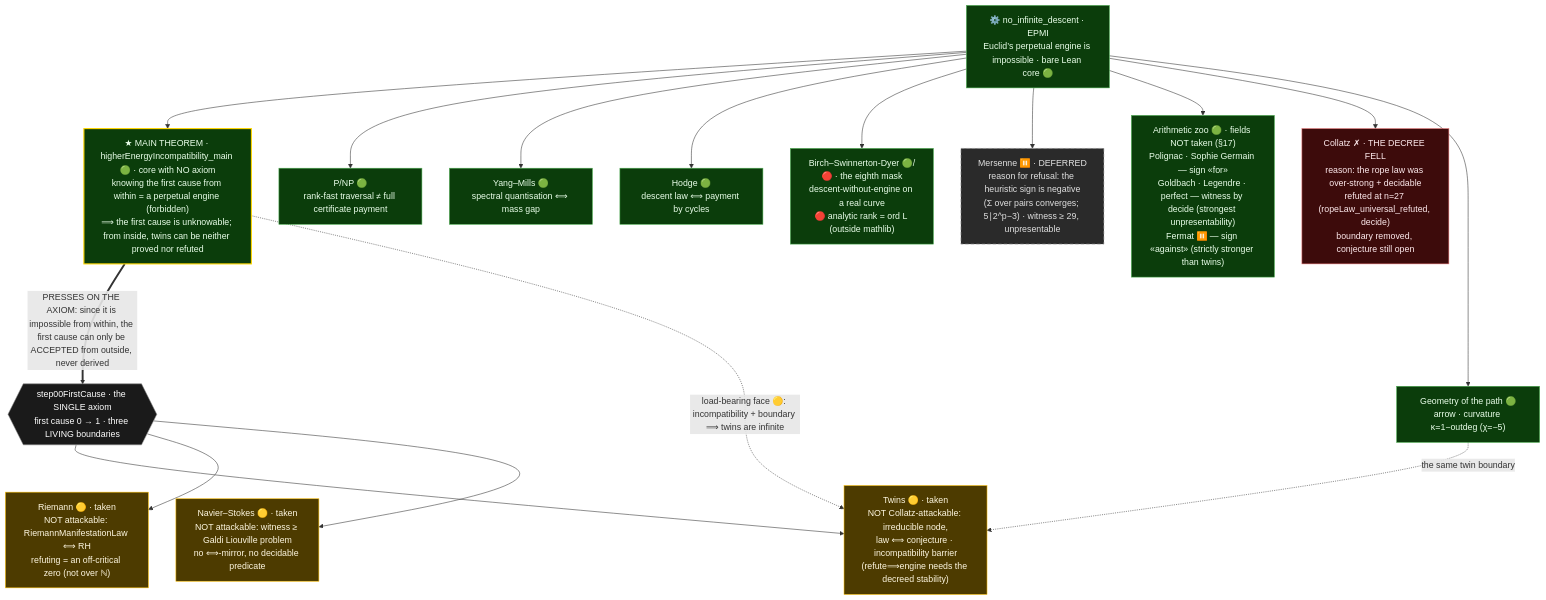
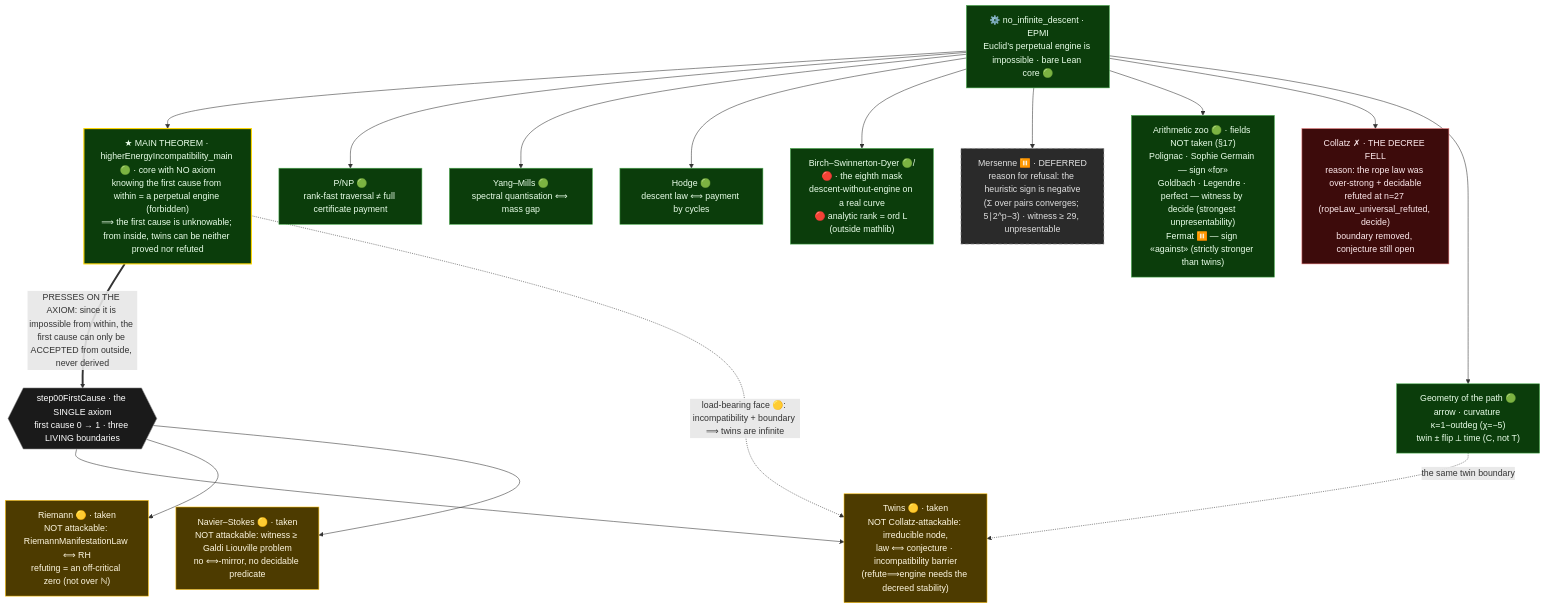
One commit to elamaunt/Euclids-path changed the diagram in README.md. Above: the diagram before and after it, drawn with Mermaid. The commit also changed 3 other files, not shown here.

First line of the commit message:
Navigator graph: GEO node gains "twin ± flip ⟂ time (C, not T)"

````diff
--- a/README.md
+++ b/README.md
@@ -79,38 +79,38 @@
 ```mermaid
 flowchart TD
     ROOT["⚙️ no_infinite_descent · EPMI<br/>Euclid’s perpetual engine is impossible · bare Lean core 🟢"]
 
     ROOT --> MT["★ MAIN THEOREM · higherEnergyIncompatibility_main 🟢 · core with NO axiom<br/>knowing the first cause from within = a perpetual engine (forbidden)<br/>⟹ the first cause is unknowable; from inside, twins can be neither proved nor refuted"]
     MT ==>|"PRESSES ON THE AXIOM: since it is impossible from within, the first cause can only be ACCEPTED from outside, never derived"| FC{{"step00FirstCause · the SINGLE axiom<br/>first cause 0 → 1 · three LIVING boundaries"}}
 
     FC --> TP["Twins 🟡 · taken<br/>NOT Collatz-attackable: irreducible node,<br/>law ⟺ conjecture · incompatibility barrier<br/>(refute⟹engine needs the decreed stability)"]
     FC --> RH["Riemann 🟡 · taken<br/>NOT attackable: RiemannManifestationLaw ⟺ RH<br/>refuting = an off-critical zero (not over ℕ)"]
     FC --> NS["Navier–Stokes 🟡 · taken<br/>NOT attackable: witness ≥ Galdi Liouville problem<br/>no ⟺-mirror, no decidable predicate"]
     MT -.->|"load-bearing face 🟡: incompatibility + boundary ⟹ twins are infinite"| TP
 
     ROOT --> PNP["P/NP 🟢<br/>rank-fast traversal ≠ full certificate payment"]
     ROOT --> YM["Yang–Mills 🟢<br/>spectral quantisation ⟺ mass gap"]
     ROOT --> HC["Hodge 🟢<br/>descent law ⟺ payment by cycles"]
     ROOT --> BSD["Birch–Swinnerton-Dyer 🟢/🔴 · the eighth mask<br/>descent-without-engine on a real curve<br/>🔴 analytic rank = ord L (outside mathlib)"]
 
     ROOT --> MP["Mersenne ⏸️ · DEFERRED<br/>reason for refusal: the heuristic sign is negative<br/>(Σ over pairs converges; 5∣2^p−3) · witness ≥ 29, unpresentable"]
     ROOT --> ZOO["Arithmetic zoo 🟢 · fields NOT taken (§17)<br/>Polignac · Sophie Germain — sign «for»<br/>Goldbach · Legendre · perfect — witness by decide (strongest unpresentability)<br/>Fermat ⏸️ — sign «against» (strictly stronger than twins)"]
 
     ROOT --> CL["Collatz ✗ · THE DECREE FELL<br/>reason: the rope law was over-strong + decidable<br/>refuted at n=27 (ropeLaw_universal_refuted, decide)<br/>boundary removed, conjecture still open"]
 
-    ROOT --> GEO["Geometry of the path 🟢<br/>arrow · curvature κ=1−outdeg (χ=−5)"]
+    ROOT --> GEO["Geometry of the path 🟢<br/>arrow · curvature κ=1−outdeg (χ=−5)<br/>twin ± flip ⟂ time (C, not T)"]
     GEO -. the same twin boundary .-> TP
 
     classDef green fill:#0b3d0b,stroke:#4caf50,color:#eaffea;
     classDef apex fill:#0b3d0b,stroke:#ffd700,stroke-width:2px,color:#eaffea;
     classDef yellow fill:#4d3b00,stroke:#ffc107,color:#fff8e1;
     classDef deferred fill:#2a2a2a,stroke:#9e9e9e,color:#e0e0e0,stroke-dasharray: 6 4;
     classDef fallen fill:#3d0b0b,stroke:#e57373,color:#ffebee;
     classDef rootnode fill:#1a1a1a,stroke:#888,color:#ffffff;
     class ROOT,PNP,YM,HC,BSD,ZOO,GEO green;
     class MT apex;
     class TP,RH,NS yellow;
     class MP deferred;
     class CL fallen;
     class FC rootnode;
 ```
````
